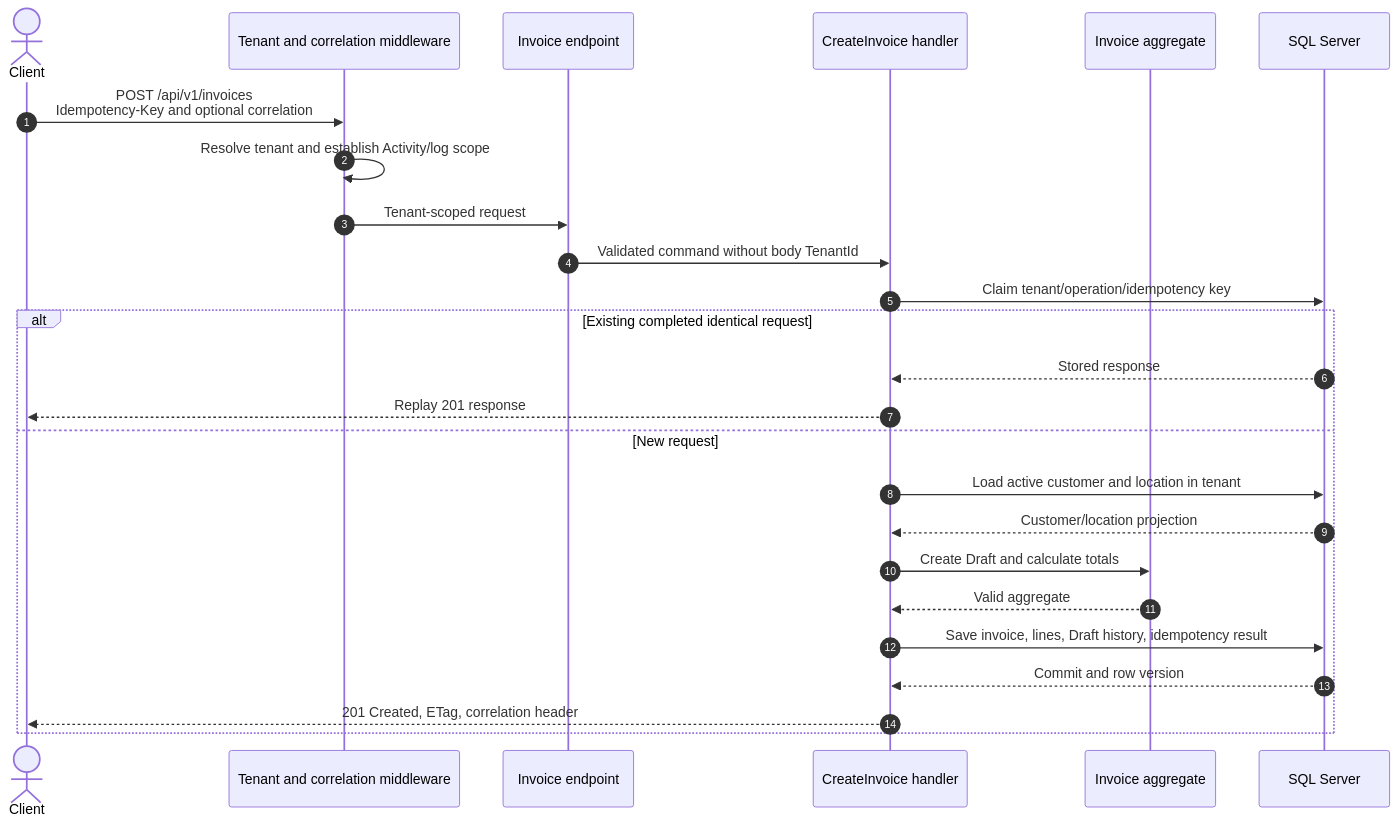
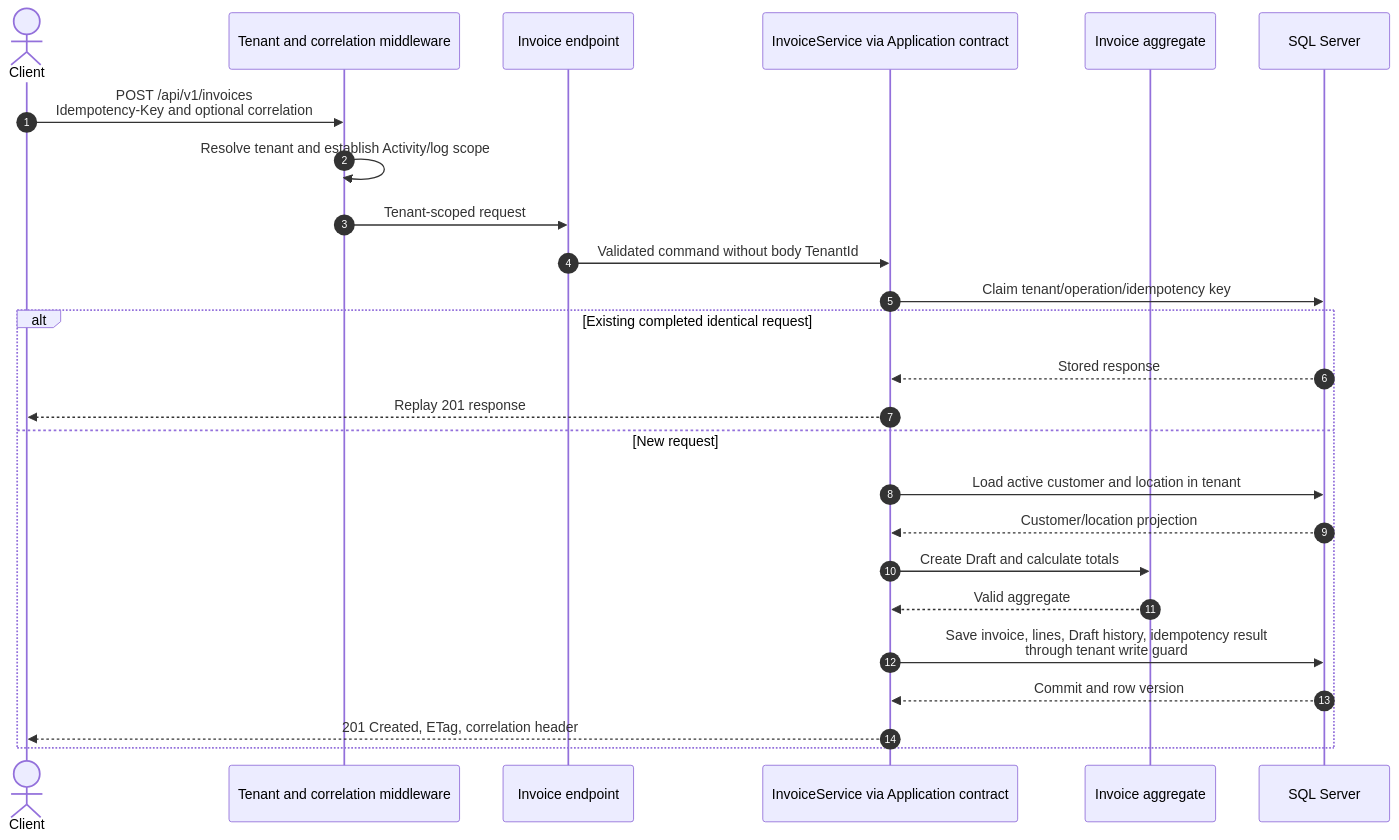
Before and after one commit to dhruvsheth37/invoice-management: the diagram in docs/diagrams/create-invoice-sequence.md, drawn with Mermaid. The commit also changed 39 other files, not shown here.

````diff
--- a/docs/diagrams/create-invoice-sequence.md
+++ b/docs/diagrams/create-invoice-sequence.md
@@ -3,28 +3,28 @@
 ```mermaid
 sequenceDiagram
     autonumber
     actor Client
     participant Middleware as Tenant and correlation middleware
     participant API as Invoice endpoint
-    participant App as CreateInvoice handler
+    participant App as InvoiceService via Application contract
     participant Domain as Invoice aggregate
     participant DB as SQL Server
 
     Client->>Middleware: POST /api/v1/invoices<br/>Idempotency-Key and optional correlation
     Middleware->>Middleware: Resolve tenant and establish Activity/log scope
     Middleware->>API: Tenant-scoped request
     API->>App: Validated command without body TenantId
     App->>DB: Claim tenant/operation/idempotency key
     alt Existing completed identical request
         DB-->>App: Stored response
         App-->>Client: Replay 201 response
     else New request
         App->>DB: Load active customer and location in tenant
         DB-->>App: Customer/location projection
         App->>Domain: Create Draft and calculate totals
         Domain-->>App: Valid aggregate
-        App->>DB: Save invoice, lines, Draft history, idempotency result
+        App->>DB: Save invoice, lines, Draft history, idempotency result<br/>through tenant write guard
         DB-->>App: Commit and row version
         App-->>Client: 201 Created, ETag, correlation header
     end
 ```
````
